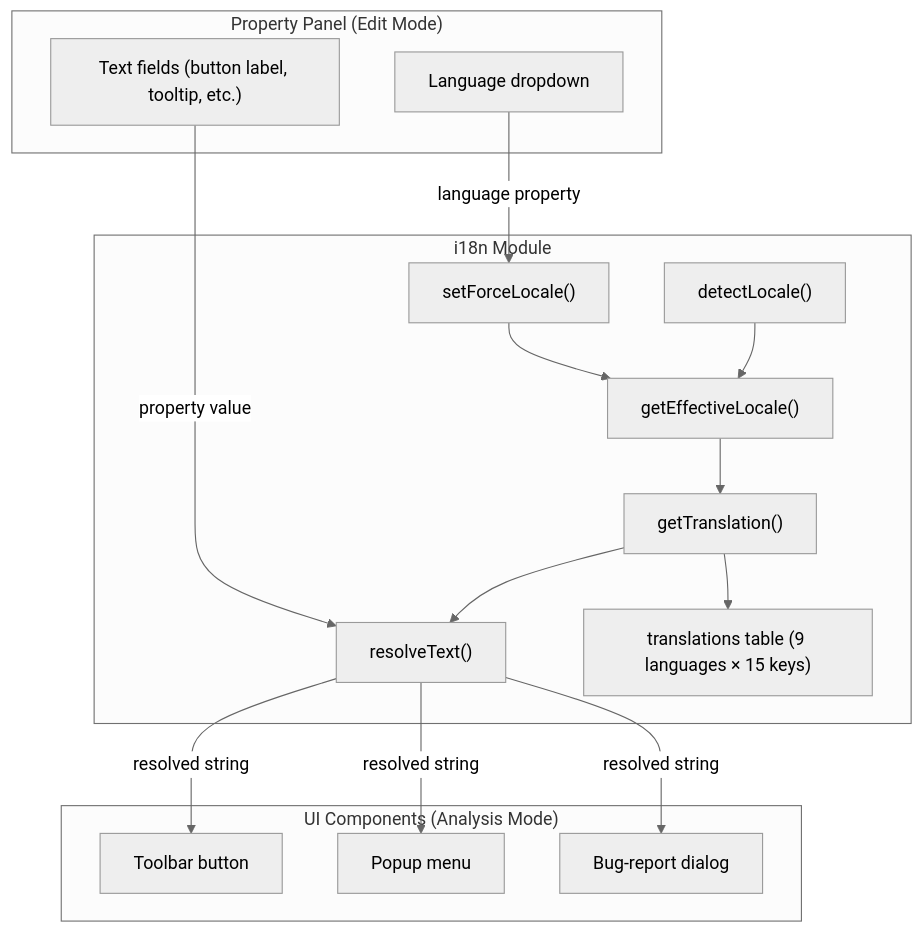
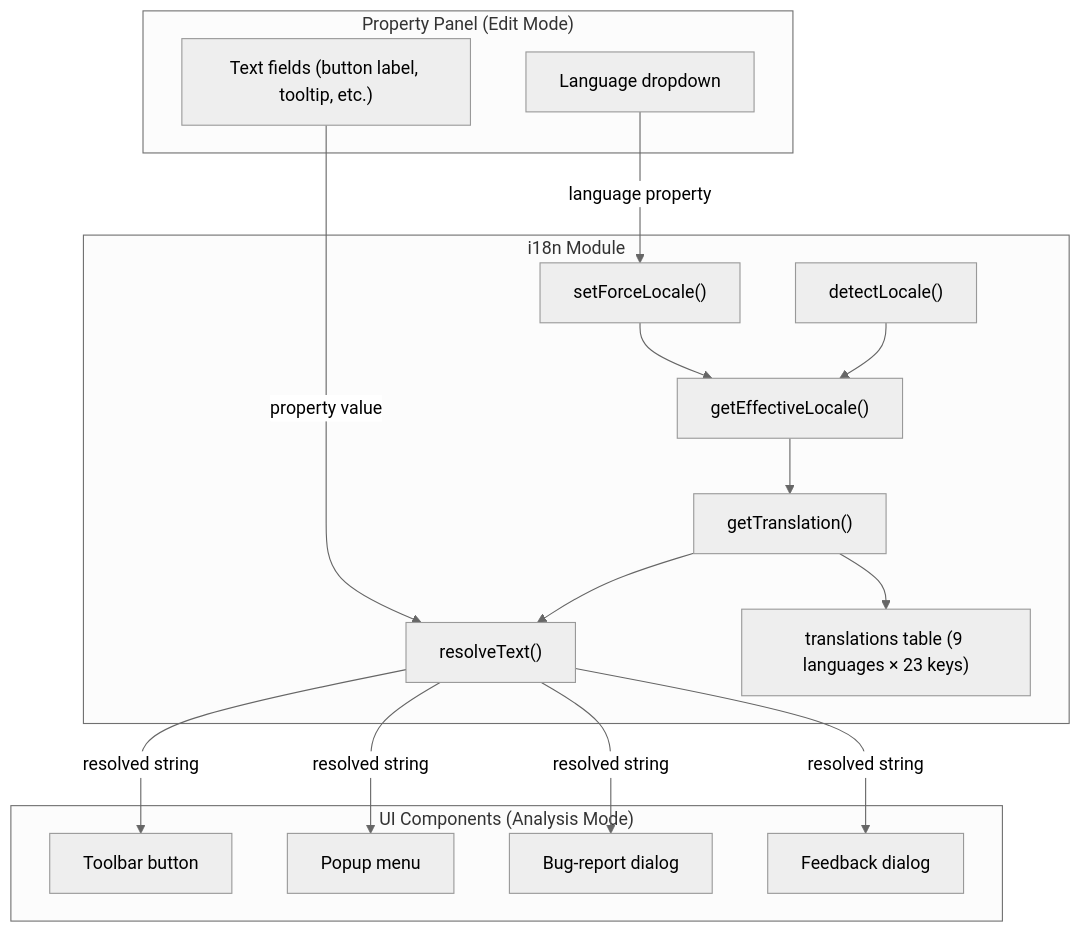
One commit to ptarmiganlabs/qs-help-button changed the fourth of 5 diagrams in docs/multi-language.md. Above: the diagram before and after it, drawn with Mermaid (neutral theme). The commit also changed other lines of this file, not shown here.

Commit message:
docs(feedback-dialog): Include feedback dialog strings in docs for translation system

````diff
--- a/docs/multi-language.md
+++ b/docs/multi-language.md
@@ -157,34 +170,36 @@
 ```mermaid
 flowchart TB
     subgraph "Property Panel (Edit Mode)"
         LP["Language dropdown"]
         PP["Text fields (button label, tooltip, etc.)"]
     end
 
     subgraph "i18n Module"
         SFL["setForceLocale()"]
         DL["detectLocale()"]
         GEL["getEffectiveLocale()"]
         GT["getTranslation()"]
         RT["resolveText()"]
-        TT["translations table (9 languages × 15 keys)"]
+        TT["translations table (9 languages × 23 keys)"]
     end
 
     subgraph "UI Components (Analysis Mode)"
         TB["Toolbar button"]
         PM["Popup menu"]
         BRD["Bug-report dialog"]
+        FD["Feedback dialog"]
     end
 
     LP -- "language property" --> SFL
     SFL --> GEL
     DL --> GEL
     GEL --> GT
     GT --> TT
     PP -- "property value" --> RT
     GT --> RT
 
     RT -- "resolved string" --> TB
     RT -- "resolved string" --> PM
     RT -- "resolved string" --> BRD
+    RT -- "resolved string" --> FD
 ```
````
